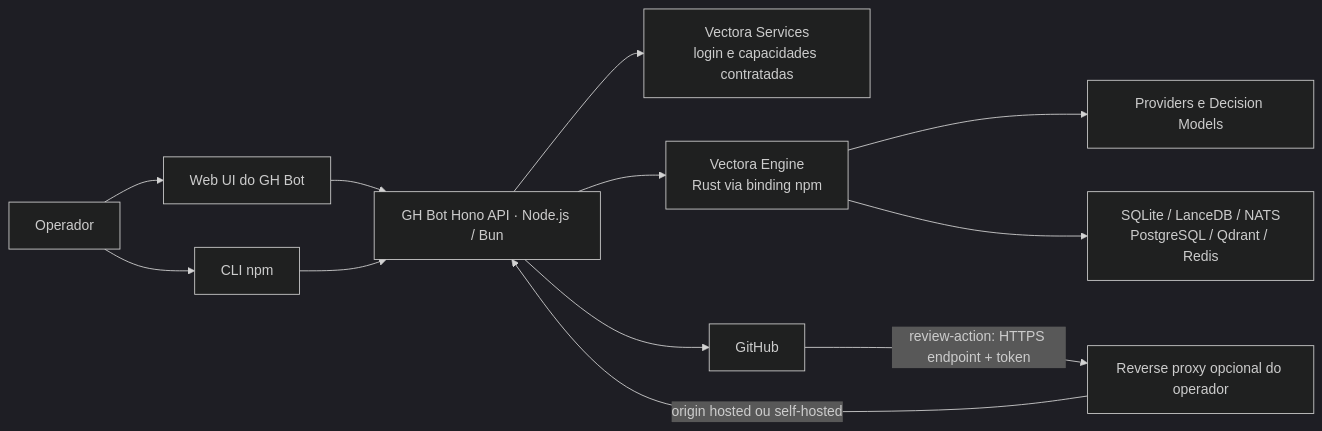
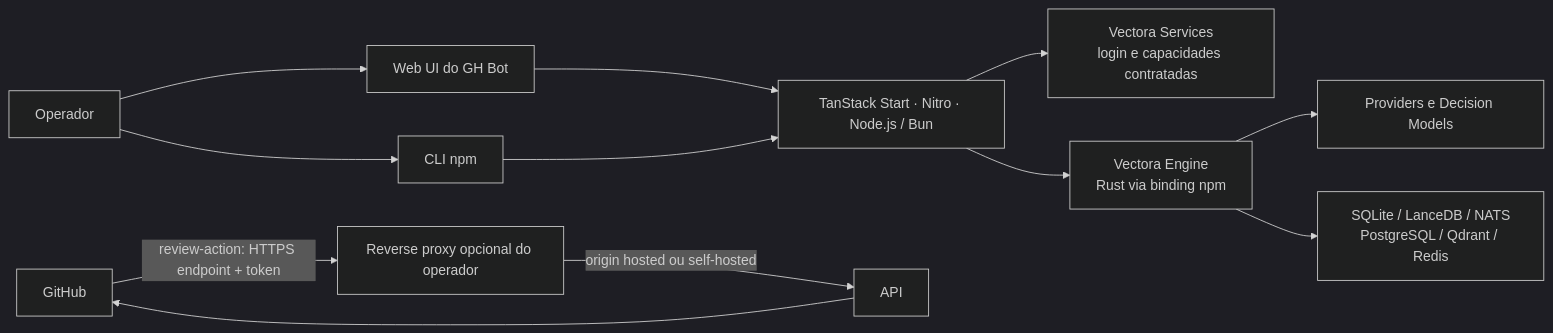
One commit to vectora-company/gh-bot changed the diagram in docs/architecture.md. Above: the diagram before and after it, drawn with Mermaid (dark theme). The commit also changed other lines of this file and 37 other files, not shown here.

Commit message:
refactor: remover Hono e usar TanStack Start

````diff
--- a/docs/architecture.md
+++ b/docs/architecture.md
@@ -5,14 +5,14 @@
 ```mermaid
 flowchart LR
   Operator[Operador] --> UI[Web UI do GH Bot]
   Operator --> CLI[CLI npm]
-  UI --> API[GH Bot Hono API · Node.js / Bun]
-  CLI --> API
-  API --> Services[Vectora Services<br/>login e capacidades contratadas]
-  API --> Engine[Vectora Engine<br/>Rust via binding npm]
+  UI --> App[TanStack Start · Nitro · Node.js / Bun]
+  CLI --> App
+  App --> Services[Vectora Services<br/>login e capacidades contratadas]
+  App --> Engine[Vectora Engine<br/>Rust via binding npm]
   Engine --> Providers[Providers e Decision Models]
   Engine --> Stores[SQLite / LanceDB / NATS<br/>PostgreSQL / Qdrant / Redis]
   GitHub[GitHub] -->|review-action: HTTPS endpoint + token| Proxy[Reverse proxy opcional do operador]
   Proxy -->|origin hosted ou self-hosted| API
   API --> GitHub
 ```
````
